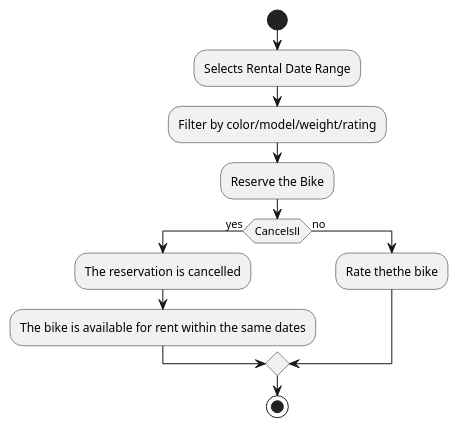
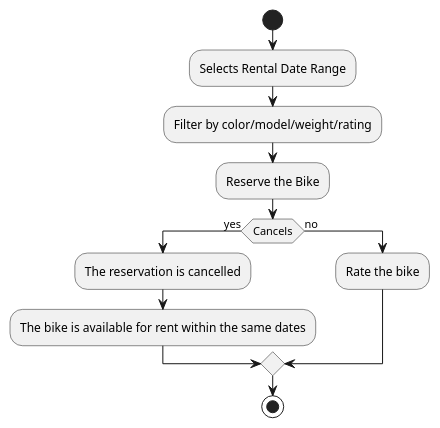
One commit to orbanbotond/ReactBikes changed the diagram in diagrams/user_activity.puml. Above: the diagram before and after it, drawn with PlantUML. The commit also changed 2 other files, not shown here.

Commit message:
Add Entity relationship diagram

```diff
--- a/diagrams/user_activity.puml
+++ b/diagrams/user_activity.puml
@@ -1,16 +1,16 @@
 @startuml
 start
 
 :Selects Rental Date Range;
 :Filter by color/model/weight/rating;
 :Reserve the Bike;
 
-if (Cancelsll) then (yes)
+if (Cancels) then (yes)
   :The reservation is cancelled;
   :The bike is available for rent within the same dates;
 else (no)
-  :Rate thethe bike;
+  :Rate the bike;
 endif
 
 stop
 @enduml
```
